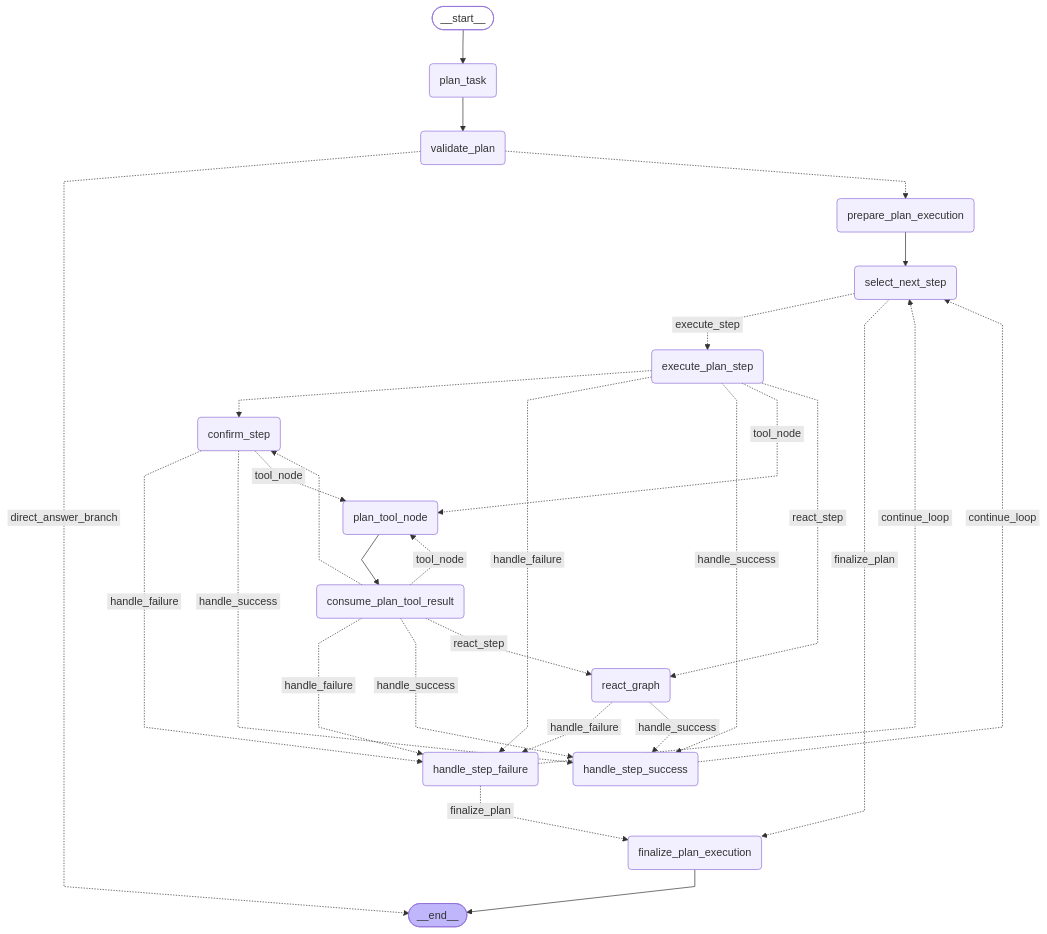
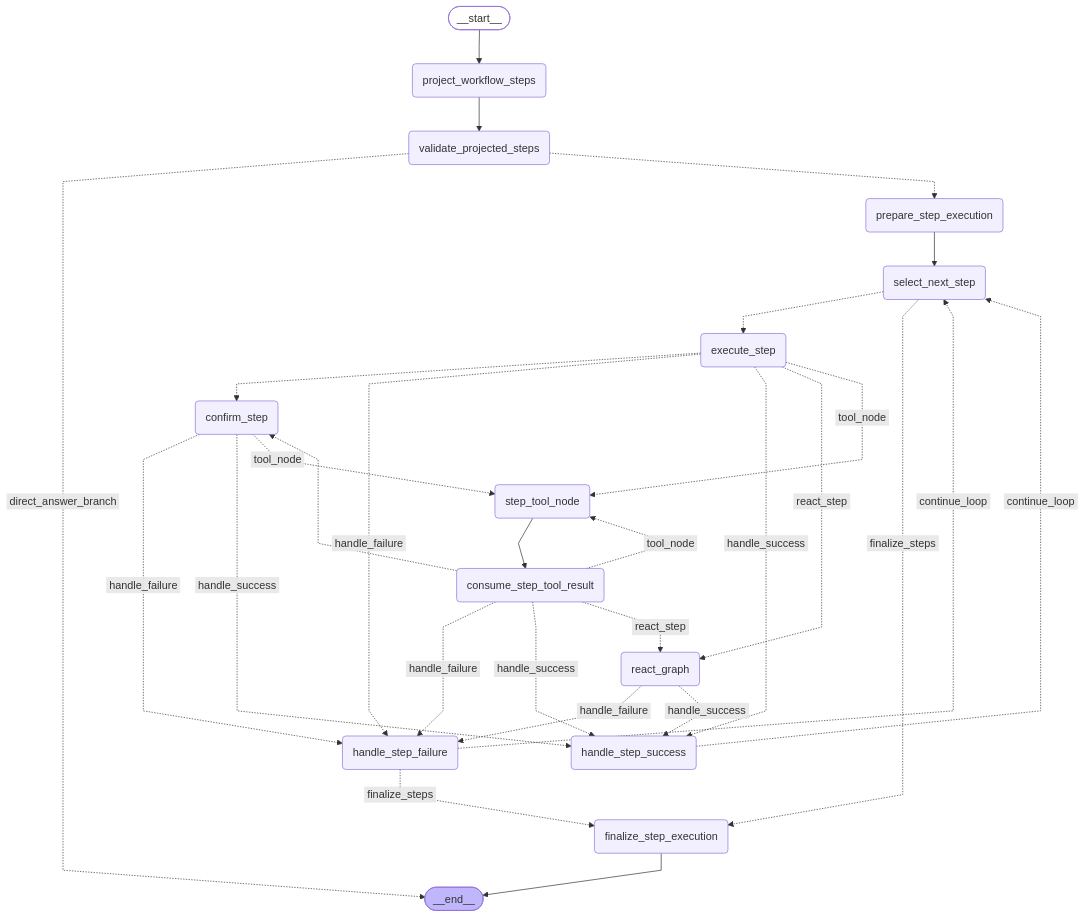
Before and after one commit to SkyLiberation/personalAgent: the third of 5 diagrams in docs/mermaid/entry-orchestration.md, drawn with Mermaid. The commit also changed other lines of this file and 75 other files, not shown here.

````diff
--- a/docs/mermaid/entry-orchestration.md
+++ b/docs/mermaid/entry-orchestration.md
@@ -67,53 +67,53 @@
 ```mermaid
 ---
 config:
   flowchart:
     curve: linear
 ---
 graph TD;
 	__start__([<p>__start__</p>]):::first
-	plan_task(plan_task)
-	validate_plan(validate_plan)
-	prepare_plan_execution(prepare_plan_execution)
+	project_workflow_steps(project_workflow_steps)
+	validate_projected_steps(validate_projected_steps)
+	prepare_step_execution(prepare_step_execution)
 	select_next_step(select_next_step)
-	execute_plan_step(execute_plan_step)
+	execute_step(execute_step)
 	handle_step_success(handle_step_success)
 	handle_step_failure(handle_step_failure)
 	confirm_step(confirm_step)
-	plan_tool_node(plan_tool_node)
-	consume_plan_tool_result(consume_plan_tool_result)
+	step_tool_node(step_tool_node)
+	consume_step_tool_result(consume_step_tool_result)
 	react_graph(react_graph)
-	finalize_plan_execution(finalize_plan_execution)
+	finalize_step_execution(finalize_step_execution)
 	__end__([<p>__end__</p>]):::last
-	__start__ --> plan_task;
+	__start__ --> project_workflow_steps;
 	confirm_step -. &nbsp;handle_failure&nbsp; .-> handle_step_failure;
 	confirm_step -. &nbsp;handle_success&nbsp; .-> handle_step_success;
-	confirm_step -. &nbsp;tool_node&nbsp; .-> plan_tool_node;
-	consume_plan_tool_result -.-> confirm_step;
-	consume_plan_tool_result -. &nbsp;handle_failure&nbsp; .-> handle_step_failure;
-	consume_plan_tool_result -. &nbsp;handle_success&nbsp; .-> handle_step_success;
-	consume_plan_tool_result -. &nbsp;tool_node&nbsp; .-> plan_tool_node;
-	consume_plan_tool_result -. &nbsp;react_step&nbsp; .-> react_graph;
-	execute_plan_step -.-> confirm_step;
-	execute_plan_step -. &nbsp;handle_failure&nbsp; .-> handle_step_failure;
-	execute_plan_step -. &nbsp;handle_success&nbsp; .-> handle_step_success;
-	execute_plan_step -. &nbsp;tool_node&nbsp; .-> plan_tool_node;
-	execute_plan_step -. &nbsp;react_step&nbsp; .-> react_graph;
-	handle_step_failure -. &nbsp;finalize_plan&nbsp; .-> finalize_plan_execution;
+	confirm_step -. &nbsp;tool_node&nbsp; .-> step_tool_node;
+	consume_step_tool_result -.-> confirm_step;
+	consume_step_tool_result -. &nbsp;handle_failure&nbsp; .-> handle_step_failure;
+	consume_step_tool_result -. &nbsp;handle_success&nbsp; .-> handle_step_success;
+	consume_step_tool_result -. &nbsp;react_step&nbsp; .-> react_graph;
+	consume_step_tool_result -. &nbsp;tool_node&nbsp; .-> step_tool_node;
+	execute_step -.-> confirm_step;
+	execute_step -. &nbsp;handle_failure&nbsp; .-> handle_step_failure;
+	execute_step -. &nbsp;handle_success&nbsp; .-> handle_step_success;
+	execute_step -. &nbsp;react_step&nbsp; .-> react_graph;
+	execute_step -. &nbsp;tool_node&nbsp; .-> step_tool_node;
+	handle_step_failure -. &nbsp;finalize_steps&nbsp; .-> finalize_step_execution;
 	handle_step_failure -. &nbsp;continue_loop&nbsp; .-> select_next_step;
 	handle_step_success -. &nbsp;continue_loop&nbsp; .-> select_next_step;
-	plan_task --> validate_plan;
-	plan_tool_node --> consume_plan_tool_result;
-	prepare_plan_execution --> select_next_step;
+	prepare_step_execution --> select_next_step;
+	project_workflow_steps --> validate_projected_steps;
 	react_graph -. &nbsp;handle_failure&nbsp; .-> handle_step_failure;
 	react_graph -. &nbsp;handle_success&nbsp; .-> handle_step_success;
-	select_next_step -. &nbsp;execute_step&nbsp; .-> execute_plan_step;
-	select_next_step -. &nbsp;finalize_plan&nbsp; .-> finalize_plan_execution;
-	validate_plan -. &nbsp;direct_answer_branch&nbsp; .-> __end__;
-	validate_plan -.-> prepare_plan_execution;
-	finalize_plan_execution --> __end__;
+	select_next_step -.-> execute_step;
+	select_next_step -. &nbsp;finalize_steps&nbsp; .-> finalize_step_execution;
+	step_tool_node --> consume_step_tool_result;
+	validate_projected_steps -. &nbsp;direct_answer_branch&nbsp; .-> __end__;
+	validate_projected_steps -.-> prepare_step_execution;
+	finalize_step_execution --> __end__;
 	classDef default fill:#f2f0ff,line-height:1.2
 	classDef first fill-opacity:0
 	classDef last fill:#bfb6fc
 
 ```
````
